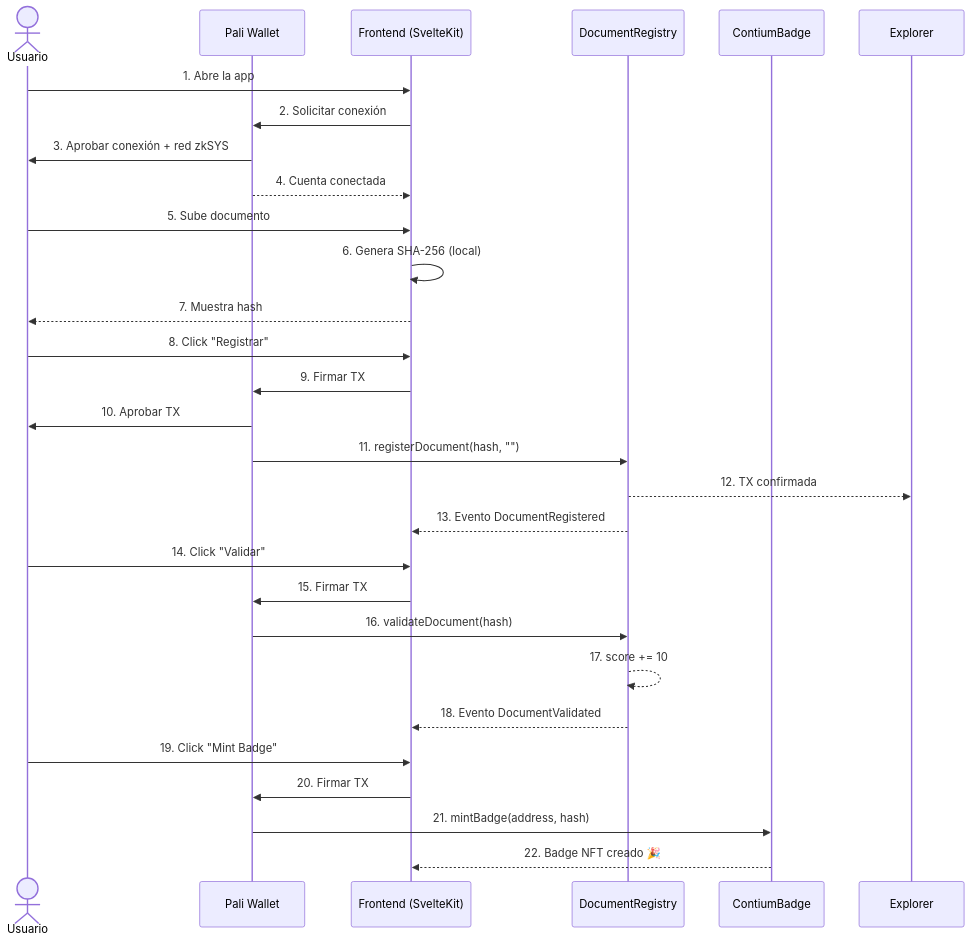
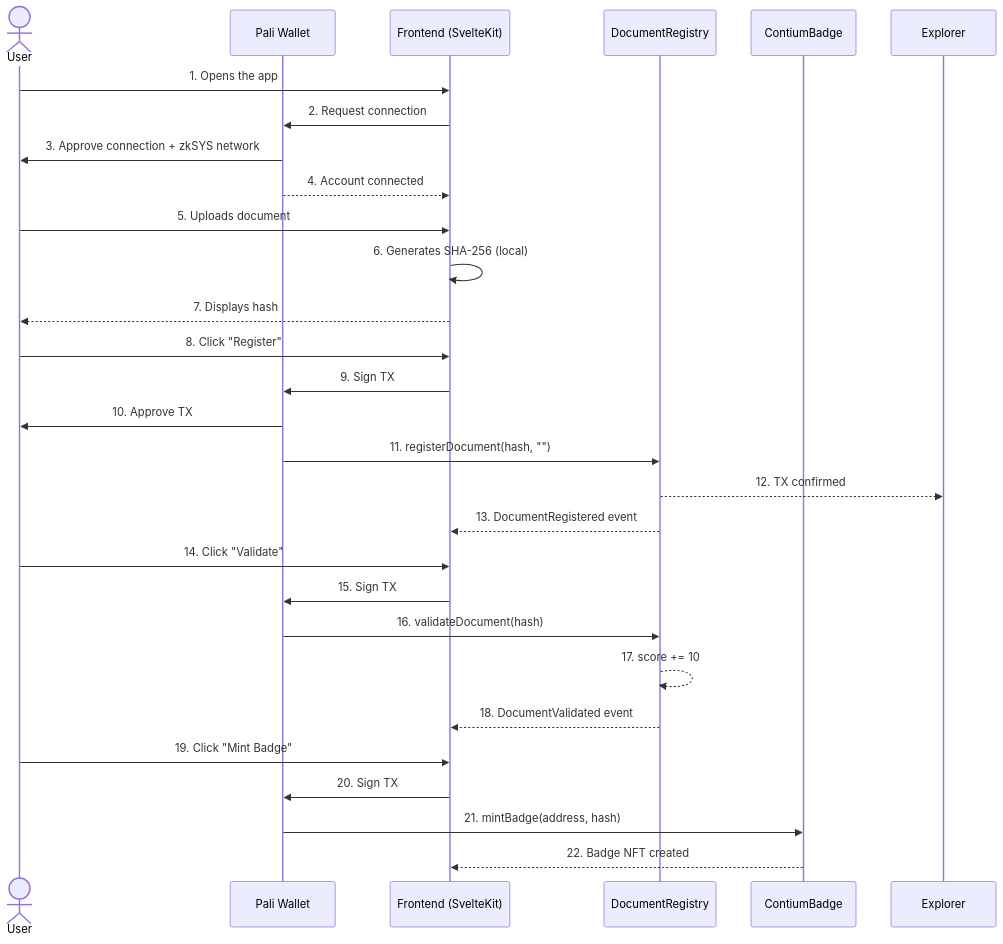
Before and after one commit to Palmarea/contium-dapp: the second of 2 diagrams in docs/ARCHITECTURE.md, drawn with Mermaid. The commit also changed other lines of this file and 5 other files, not shown here.

````diff
--- a/docs/ARCHITECTURE.md
+++ b/docs/ARCHITECTURE.md
@@ -47,36 +47,36 @@
 ```mermaid
 sequenceDiagram
-    actor U as Usuario
+    actor U as User
     participant PW as Pali Wallet
     participant FE as Frontend (SvelteKit)
     participant DR as DocumentRegistry
     participant CB as ContiumBadge
     participant EX as Explorer
 
-    U->>FE: 1. Abre la app
-    FE->>PW: 2. Solicitar conexión
-    PW->>U: 3. Aprobar conexión + red zkSYS
-    PW-->>FE: 4. Cuenta conectada
+    U->>FE: 1. Opens the app
+    FE->>PW: 2. Request connection
+    PW->>U: 3. Approve connection + zkSYS network
+    PW-->>FE: 4. Account connected
 
-    U->>FE: 5. Sube documento
-    FE->>FE: 6. Genera SHA-256 (local)
-    FE-->>U: 7. Muestra hash
+    U->>FE: 5. Uploads document
+    FE->>FE: 6. Generates SHA-256 (local)
+    FE-->>U: 7. Displays hash
 
-    U->>FE: 8. Click "Registrar"
-    FE->>PW: 9. Firmar TX
-    PW->>U: 10. Aprobar TX
+    U->>FE: 8. Click "Register"
+    FE->>PW: 9. Sign TX
+    PW->>U: 10. Approve TX
     PW->>DR: 11. registerDocument(hash, "")
-    DR-->>EX: 12. TX confirmada
-    DR-->>FE: 13. Evento DocumentRegistered
+    DR-->>EX: 12. TX confirmed
+    DR-->>FE: 13. DocumentRegistered event
 
-    U->>FE: 14. Click "Validar"
-    FE->>PW: 15. Firmar TX
+    U->>FE: 14. Click "Validate"
+    FE->>PW: 15. Sign TX
     PW->>DR: 16. validateDocument(hash)
     DR-->>DR: 17. score += 10
-    DR-->>FE: 18. Evento DocumentValidated
+    DR-->>FE: 18. DocumentValidated event
 
     U->>FE: 19. Click "Mint Badge"
-    FE->>PW: 20. Firmar TX
+    FE->>PW: 20. Sign TX
     PW->>CB: 21. mintBadge(address, hash)
-    CB-->>FE: 22. Badge NFT creado 🎉
+    CB-->>FE: 22. Badge NFT created
 ```
````
